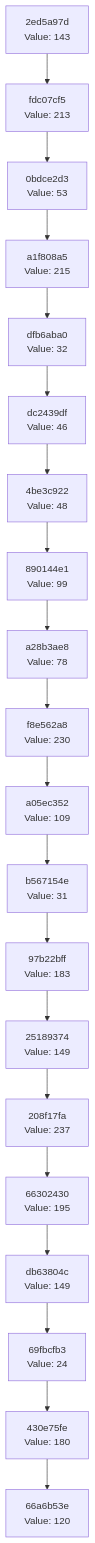
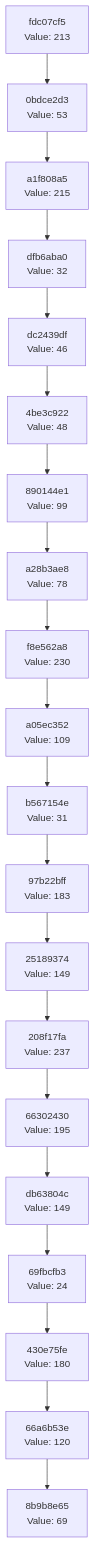
The diagram in docs/CHAIN_VISUALIZATION.md (Abhisheksinha1506/hash-chain-evolver), drawn with Mermaid before and after one commit. The commit also changed 2 other files, not shown here.

Commit message:
Evolution Step

````diff
--- a/docs/CHAIN_VISUALIZATION.md
+++ b/docs/CHAIN_VISUALIZATION.md
@@ -3,42 +3,42 @@
 ```mermaid
 graph TD
-    C0["66a6b53e<br/>Value: 120"]
-    C1["430e75fe<br/>Value: 180"]
+    C0["8b9b8e65<br/>Value: 69"]
+    C1["66a6b53e<br/>Value: 120"]
     C1 --> C0
-    C2["69fbcfb3<br/>Value: 24"]
+    C2["430e75fe<br/>Value: 180"]
     C2 --> C1
-    C3["db63804c<br/>Value: 149"]
+    C3["69fbcfb3<br/>Value: 24"]
     C3 --> C2
-    C4["66302430<br/>Value: 195"]
+    C4["db63804c<br/>Value: 149"]
     C4 --> C3
-    C5["208f17fa<br/>Value: 237"]
+    C5["66302430<br/>Value: 195"]
     C5 --> C4
-    C6["25189374<br/>Value: 149"]
+    C6["208f17fa<br/>Value: 237"]
     C6 --> C5
-    C7["97b22bff<br/>Value: 183"]
+    C7["25189374<br/>Value: 149"]
     C7 --> C6
-    C8["b567154e<br/>Value: 31"]
+    C8["97b22bff<br/>Value: 183"]
     C8 --> C7
-    C9["a05ec352<br/>Value: 109"]
+    C9["b567154e<br/>Value: 31"]
     C9 --> C8
-    C10["f8e562a8<br/>Value: 230"]
+    C10["a05ec352<br/>Value: 109"]
     C10 --> C9
-    C11["a28b3ae8<br/>Value: 78"]
+    C11["f8e562a8<br/>Value: 230"]
     C11 --> C10
-    C12["890144e1<br/>Value: 99"]
+    C12["a28b3ae8<br/>Value: 78"]
     C12 --> C11
-    C13["4be3c922<br/>Value: 48"]
+    C13["890144e1<br/>Value: 99"]
     C13 --> C12
-    C14["dc2439df<br/>Value: 46"]
+    C14["4be3c922<br/>Value: 48"]
     C14 --> C13
-    C15["dfb6aba0<br/>Value: 32"]
+    C15["dc2439df<br/>Value: 46"]
     C15 --> C14
-    C16["a1f808a5<br/>Value: 215"]
+    C16["dfb6aba0<br/>Value: 32"]
     C16 --> C15
-    C17["0bdce2d3<br/>Value: 53"]
+    C17["a1f808a5<br/>Value: 215"]
     C17 --> C16
-    C18["fdc07cf5<br/>Value: 213"]
+    C18["0bdce2d3<br/>Value: 53"]
     C18 --> C17
-    C19["2ed5a97d<br/>Value: 143"]
+    C19["fdc07cf5<br/>Value: 213"]
     C19 --> C18
 ```
````
